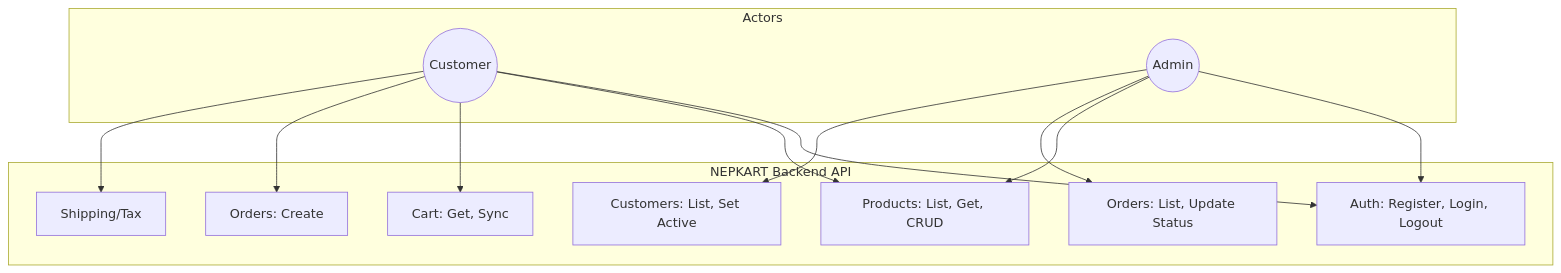
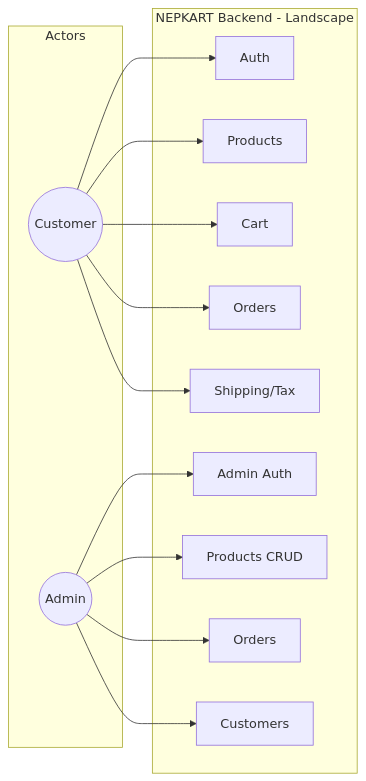
One commit to satchitbasnet/nepkart changed the second of 2 diagrams in docs/USE_CASE_DIAGRAMS.md. Above: the diagram before and after it, drawn with Mermaid. The commit also changed other lines of this file and 17 other files, not shown here.

First line of the commit message:
Supabase default, H2 fallback, sequence diagrams, landscape use case diagrams

````diff
--- a/docs/USE_CASE_DIAGRAMS.md
+++ b/docs/USE_CASE_DIAGRAMS.md
@@ -53,28 +39,29 @@
 ```mermaid
-flowchart TB
+flowchart LR
     subgraph Actors
         Customer((Customer))
         Admin((Admin))
     end
 
-    subgraph Backend["NEPKART Backend API"]
-        B1[Auth: Register, Login, Logout]
-        B2[Products: List, Get, CRUD]
-        B3[Cart: Get, Sync]
-        B4[Orders: Create]
+    subgraph Backend["NEPKART Backend - Landscape"]
+        B1[Auth]
+        B2[Products]
+        B3[Cart]
+        B4[Orders]
         B5[Shipping/Tax]
-        B6[Orders: List, Update Status]
-        B7[Customers: List, Set Active]
+        B6[Admin Auth]
+        B7[Products CRUD]
+        B8[Orders]
+        B9[Customers]
     end
 
     Customer --> B1
     Customer --> B2
     Customer --> B3
     Customer --> B4
     Customer --> B5
-
-    Admin --> B1
-    Admin --> B2
     Admin --> B6
     Admin --> B7
+    Admin --> B8
+    Admin --> B9
 ```
````
